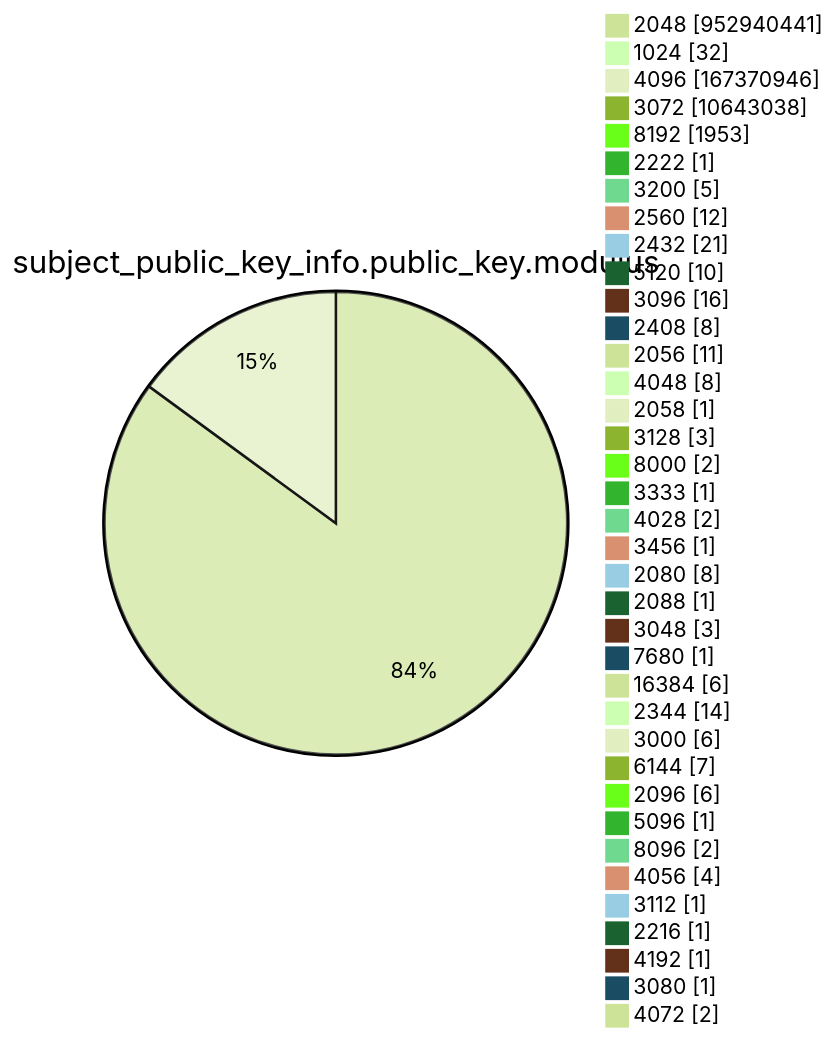
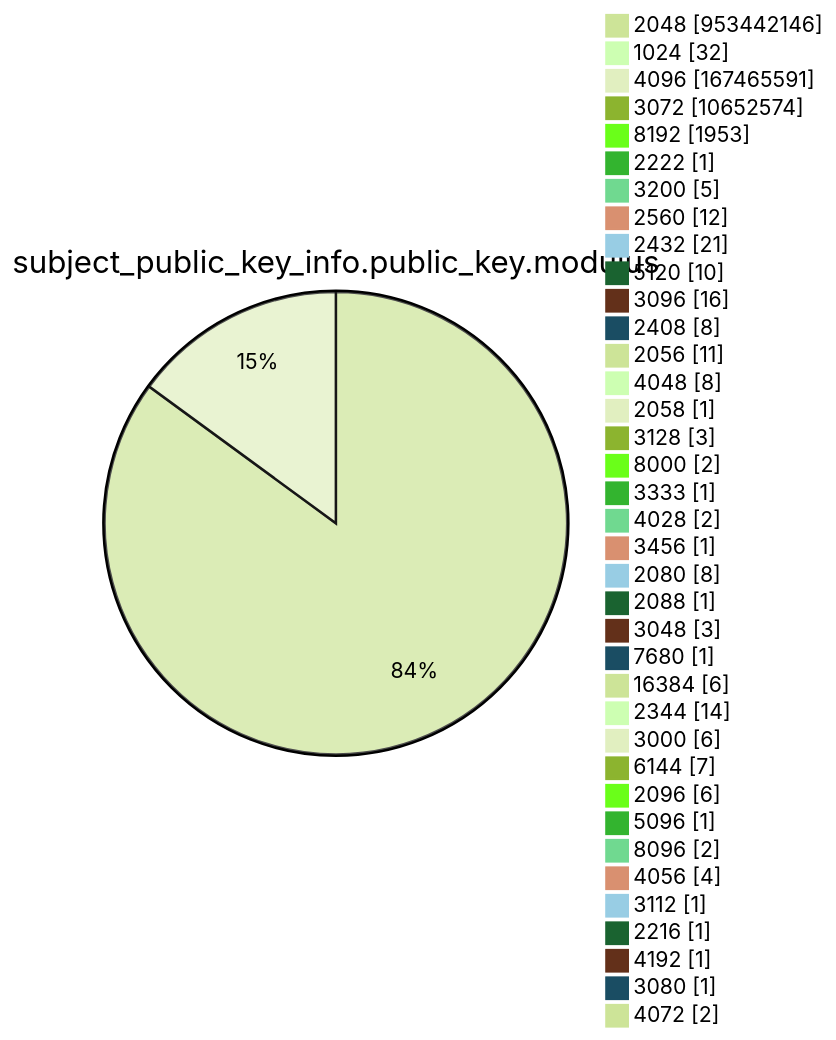
Diagram 13 of 15 in argon2022/README.md (christiankrug/ctmonitor_visualization), drawn with Mermaid (forest theme) before and after one commit. The commit also changed other lines of this file, not shown here.

````diff
--- a/argon2022/README.md
+++ b/argon2022/README.md
@@ -3585,41 +3585,41 @@
 ```mermaid
 pie showData
 title subject_public_key_info.public_key.modulus
-"2048" :952940441
+"2048" :953442146
 "1024" :32
-"4096" :167370946
-"3072" :10643038
+"4096" :167465591
+"3072" :10652574
 "8192" :1953
 "2222" :1
 "3200" :5
 "2560" :12
 "2432" :21
 "5120" :10
 "3096" :16
 "2408" :8
 "2056" :11
 "4048" :8
 "2058" :1
 "3128" :3
 "8000" :2
 "3333" :1
 "4028" :2
 "3456" :1
 "2080" :8
 "2088" :1
 "3048" :3
 "7680" :1
 "16384" :6
 "2344" :14
 "3000" :6
 "6144" :7
 "2096" :6
 "5096" :1
 "8096" :2
 "4056" :4
 "3112" :1
 "2216" :1
 "4192" :1
 "3080" :1
 "4072" :2
 ```
````
